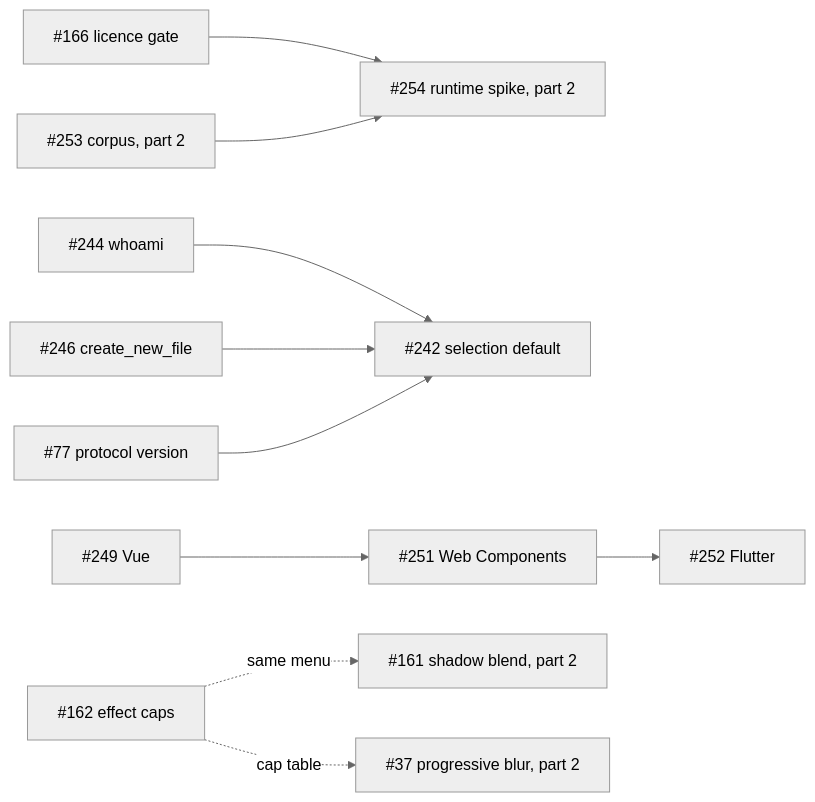
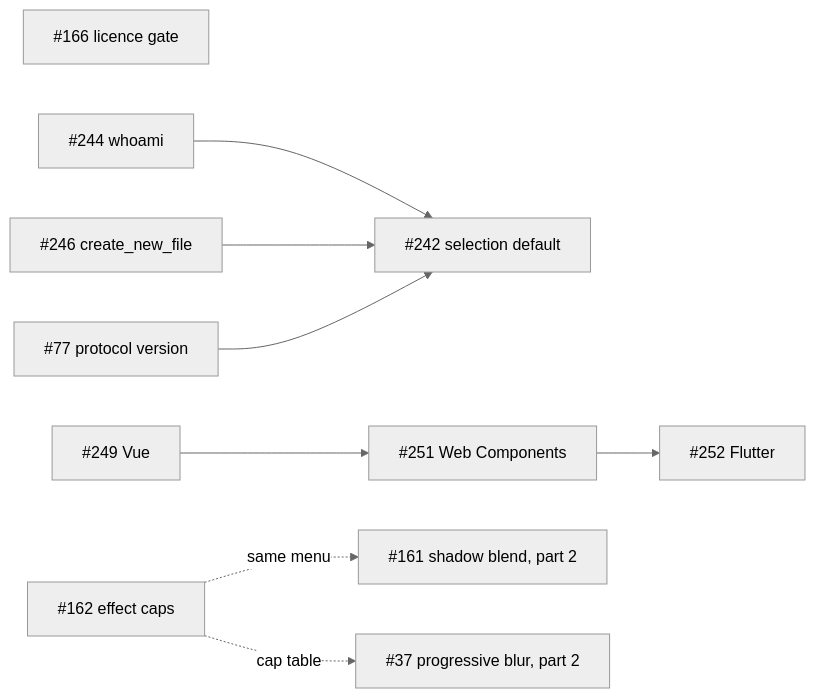
The diagram in docs/specs/v0.7/README.md (NamAIEngineer/design-os-studio), drawn with Mermaid (neutral theme) before and after one commit. The commit also changed other lines of this file and 8 other files, not shown here.

````diff
--- a/docs/specs/v0.7/README.md
+++ b/docs/specs/v0.7/README.md
@@ -58,12 +55,11 @@
 ```mermaid
 graph LR
-  P166[#166 licence gate] --> P254[#254 runtime spike, part 2]
-  P253[#253 corpus, part 2] --> P254
+  P166[#166 licence gate]
   P244[#244 whoami] --> P242[#242 selection default]
   P246[#246 create_new_file] --> P242
   I77[#77 protocol version] --> P242
   P249[#249 Vue] --> P251[#251 Web Components]
   P251 --> P252[#252 Flutter]
   P162[#162 effect caps] -.same menu.-> P161[#161 shadow blend, part 2]
   P162 -.cap table.-> P37[#37 progressive blur, part 2]
 ```
````
